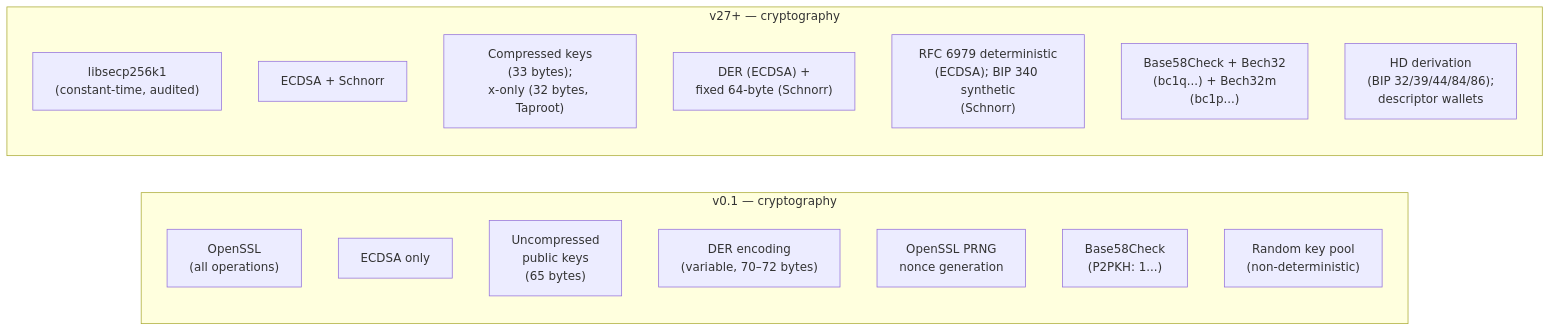
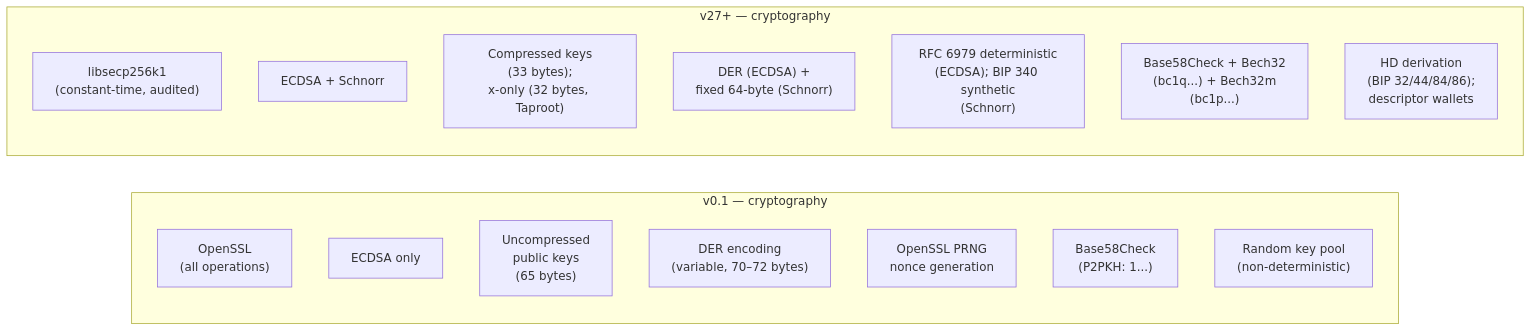
One commit to cypher256/BitcoinArchive changed the seventh of 10 diagrams in src/data/entries/en/design/2009-01-03-bitcoin-architecture-evolution.md. Above: the diagram before and after it, drawn with Mermaid. The commit also changed 3 other files, not shown here.

Commit message:
Fix design page residual inconsistencies: BIP 39 in HD derivation diagram (EN+JA), wallet process diagram labels in JA (line 56, 335, 345), BIP 360 naming in cryptography-design (EN+JA)

````diff
--- a/src/data/entries/en/design/2009-01-03-bitcoin-architecture-evolution.md
+++ b/src/data/entries/en/design/2009-01-03-bitcoin-architecture-evolution.md
@@ -248,24 +248,24 @@
 ```mermaid
 flowchart LR
     subgraph V01_CRYPTO["v0.1 — cryptography"]
         direction TB
         OPENSSL["OpenSSL<br/>(all operations)"]
         ECDSA_V0["ECDSA only"]
         UNCOMP["Uncompressed<br/>public keys<br/>(65 bytes)"]
         DER_V0["DER encoding<br/>(variable, 70–72 bytes)"]
         NONCE_V0["OpenSSL PRNG<br/>nonce generation"]
         ADDR_V0["Base58Check<br/>(P2PKH: 1...)"]
         KEY_V0["Random key pool<br/>(non-deterministic)"]
     end
 
     subgraph V27_CRYPTO["v27+ — cryptography"]
         direction TB
         LIBSECP["libsecp256k1<br/>(constant-time, audited)"]
         SCHNORR["ECDSA + Schnorr"]
         COMP["Compressed keys<br/>(33 bytes);<br/>x-only (32 bytes, Taproot)"]
         SIG_ENC["DER (ECDSA) +<br/>fixed 64-byte (Schnorr)"]
         NONCE_N["RFC 6979 deterministic<br/>(ECDSA); BIP 340 synthetic<br/>(Schnorr)"]
         ADDR_N["Base58Check + Bech32<br/>(bc1q...) + Bech32m<br/>(bc1p...)"]
-        KEY_N["HD derivation<br/>(BIP 32/39/44/84/86);<br/>descriptor wallets"]
+        KEY_N["HD derivation<br/>(BIP 32/44/84/86);<br/>descriptor wallets"]
     end
 ```
````
